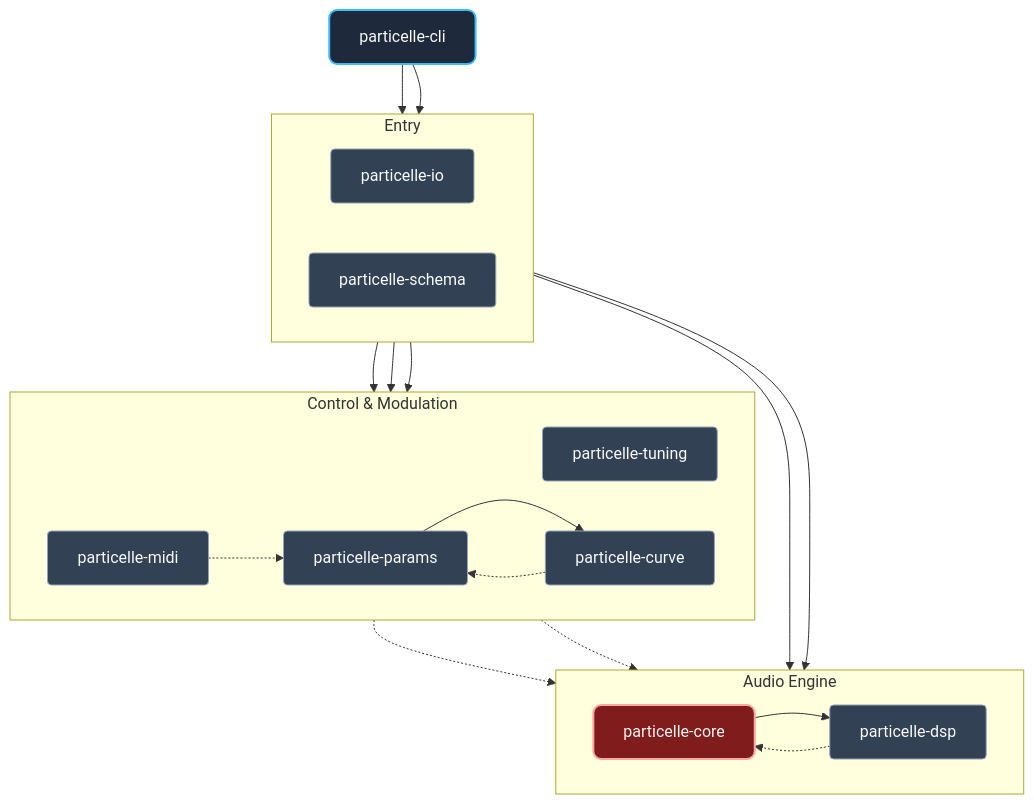
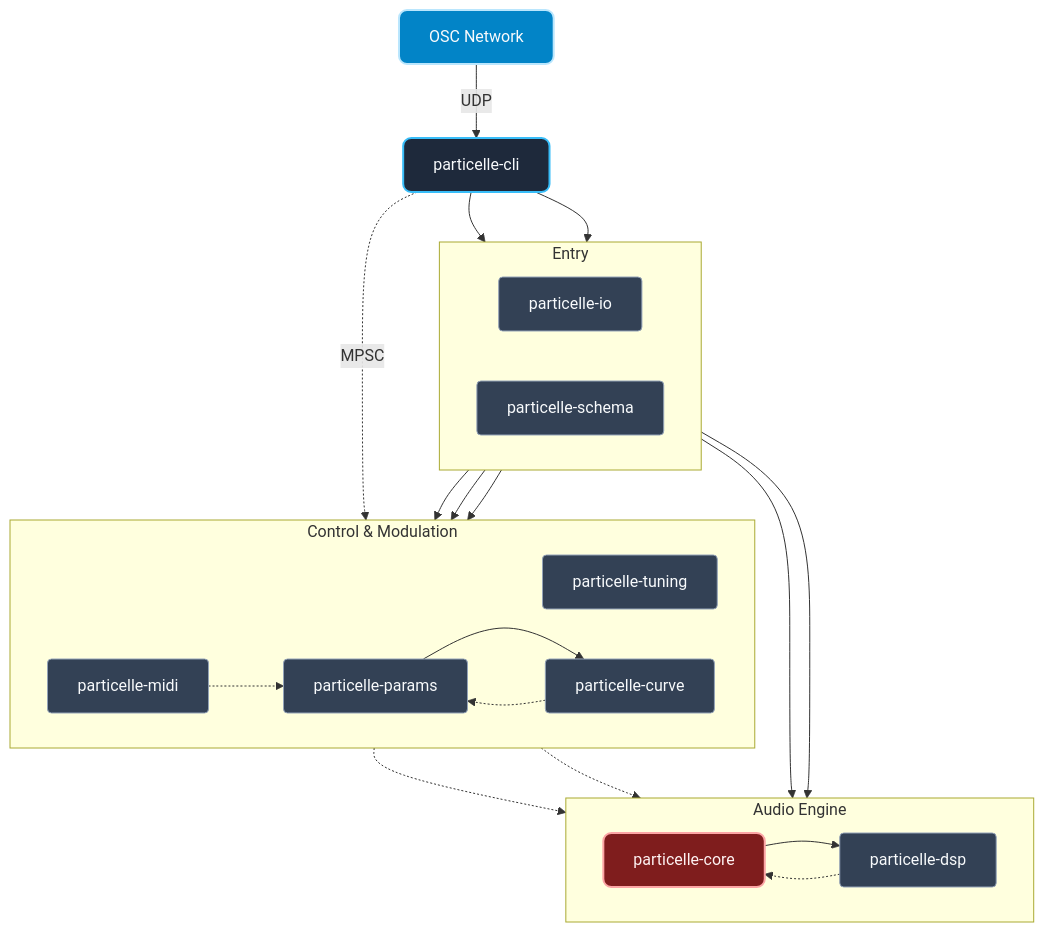
Before and after one commit to TheColby/Particelle: the first of 3 diagrams in README.md, drawn with Mermaid.

Commit message:
docs: add OSC to architecture overview diagram

````diff
--- a/README.md
+++ b/README.md
@@ -552,50 +552,54 @@
 ```mermaid
 graph TD
     classDef cli fill:#1e293b,stroke:#38bdf8,stroke-width:2px,color:#f8fafc,rx:8,ry:8
     classDef core fill:#7f1d1d,stroke:#fca5a5,stroke-width:2px,color:#fef2f2,rx:8,ry:8
     classDef sys fill:#334155,stroke:#94a3b8,stroke-width:1px,color:#f8fafc,rx:4,ry:4
+    classDef net fill:#0284c7,stroke:#bae6fd,stroke-width:2px,color:#f8fafc,rx:8,ry:8
 
     CLI[particelle-cli]:::cli
+    OSC[OSC Network]:::net
 
     subgraph Entry
         direction LR
         IO[particelle-io]:::sys
         SCHEMA[particelle-schema]:::sys
     end
 
     subgraph Control & Modulation
         direction LR
         TUNING[particelle-tuning]:::sys
         MIDI[particelle-midi]:::sys
         PARAMS[particelle-params]:::sys
         CURVE[particelle-curve]:::sys
     end
 
     subgraph Audio Engine
         direction LR
         CORE[particelle-core]:::core
         DSP[particelle-dsp]:::sys
     end
 
     %% CLI entry point
     CLI --> IO
     CLI --> SCHEMA
+    OSC -->|UDP| CLI
 
     %% Config parses into control structures
     SCHEMA --> TUNING
     SCHEMA --> MIDI
     SCHEMA --> PARAMS
     PARAMS --> CURVE
 
     %% Engine execution
     IO --> CORE
     SCHEMA --> CORE
     CORE --> DSP
 
     %% Runtime dependency data flow
     TUNING -.-> CORE
     PARAMS -.-> CORE
     MIDI -.-> PARAMS
     CURVE -.-> PARAMS
     DSP -.-> CORE
+    CLI -.->|MPSC| PARAMS
 ```
````
